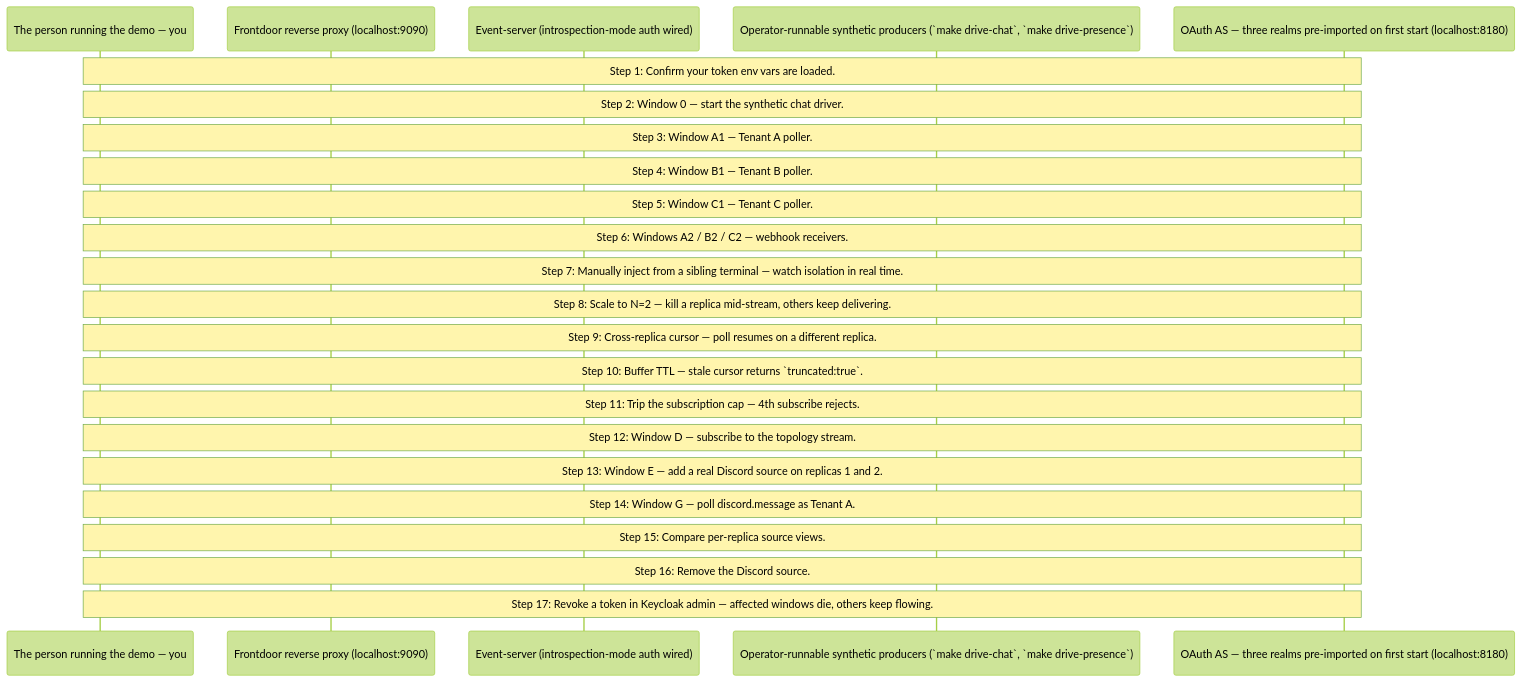
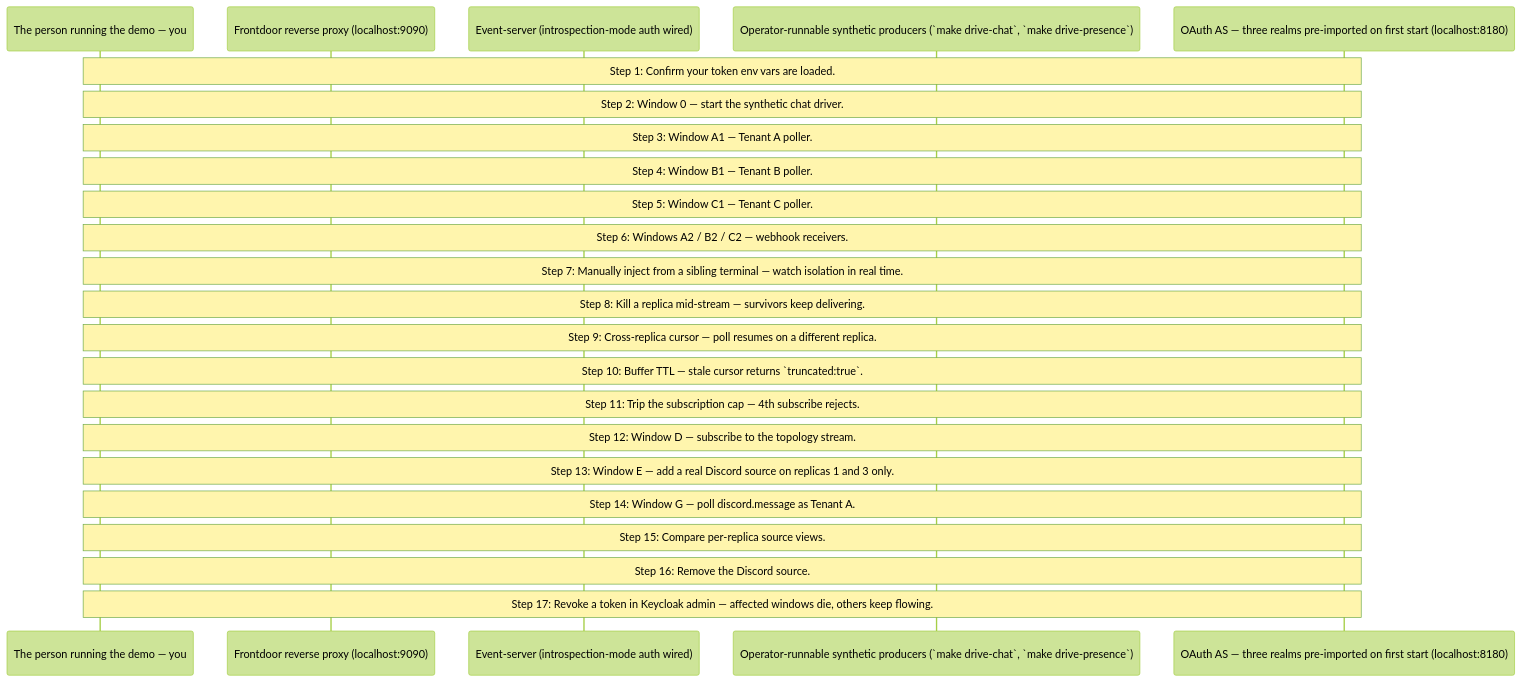
One commit to panyam/mcpkit changed the diagram in examples/whole-enchilada/events/WALKTHROUGH.md. Above: the diagram before and after it, drawn with Mermaid (forest theme). The commit also changed other lines of this file and 12 other files, not shown here.

````diff
--- a/examples/whole-enchilada/events/WALKTHROUGH.md
+++ b/examples/whole-enchilada/events/WALKTHROUGH.md
@@ -27,42 +27,42 @@
 ```mermaid
 sequenceDiagram
     participant Operator as The person running the demo — you
     participant Nginx as Frontdoor reverse proxy (localhost:9090)
     participant Server as Event-server (introspection-mode auth wired)
     participant Drivers as Operator-runnable synthetic producers (`make drive-chat`, `make drive-presence`)
     participant Keycloak as OAuth AS — three realms pre-imported on first start (localhost:8180)
 
     Note over Operator,Keycloak: Step 1: Confirm your token env vars are loaded.
 
     Note over Operator,Keycloak: Step 2: Window 0 — start the synthetic chat driver.
 
     Note over Operator,Keycloak: Step 3: Window A1 — Tenant A poller.
 
     Note over Operator,Keycloak: Step 4: Window B1 — Tenant B poller.
 
     Note over Operator,Keycloak: Step 5: Window C1 — Tenant C poller.
 
     Note over Operator,Keycloak: Step 6: Windows A2 / B2 / C2 — webhook receivers.
 
     Note over Operator,Keycloak: Step 7: Manually inject from a sibling terminal — watch isolation in real time.
 
-    Note over Operator,Keycloak: Step 8: Scale to N=2 — kill a replica mid-stream, others keep delivering.
+    Note over Operator,Keycloak: Step 8: Kill a replica mid-stream — survivors keep delivering.
 
     Note over Operator,Keycloak: Step 9: Cross-replica cursor — poll resumes on a different replica.
 
     Note over Operator,Keycloak: Step 10: Buffer TTL — stale cursor returns `truncated:true`.
 
     Note over Operator,Keycloak: Step 11: Trip the subscription cap — 4th subscribe rejects.
 
     Note over Operator,Keycloak: Step 12: Window D — subscribe to the topology stream.
 
-    Note over Operator,Keycloak: Step 13: Window E — add a real Discord source on replicas 1 and 2.
+    Note over Operator,Keycloak: Step 13: Window E — add a real Discord source on replicas 1 and 3 only.
 
     Note over Operator,Keycloak: Step 14: Window G — poll discord.message as Tenant A.
 
     Note over Operator,Keycloak: Step 15: Compare per-replica source views.
 
     Note over Operator,Keycloak: Step 16: Remove the Discord source.
 
     Note over Operator,Keycloak: Step 17: Revoke a token in Keycloak admin — affected windows die, others keep flowing.
 ```
````
